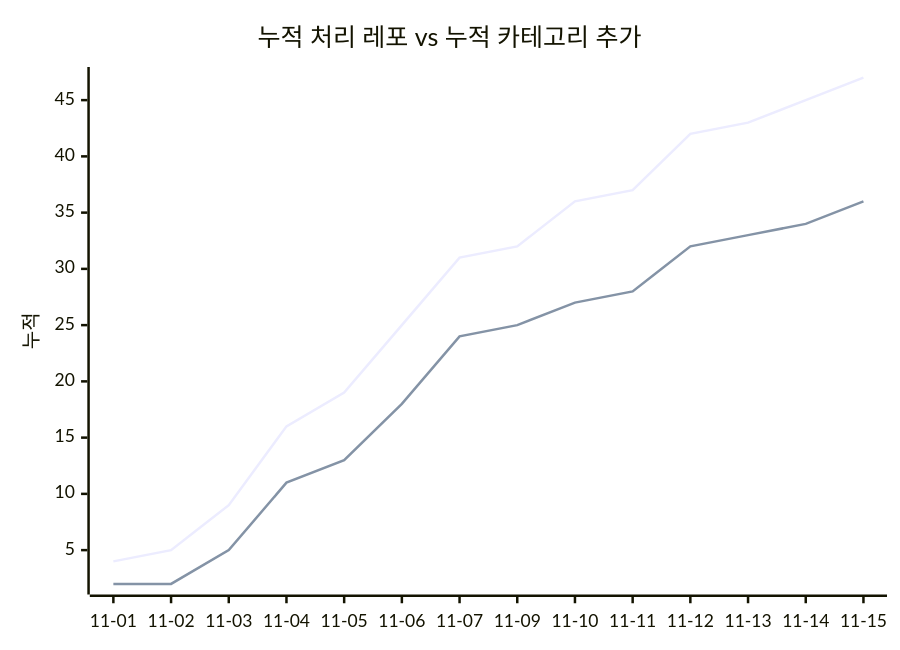
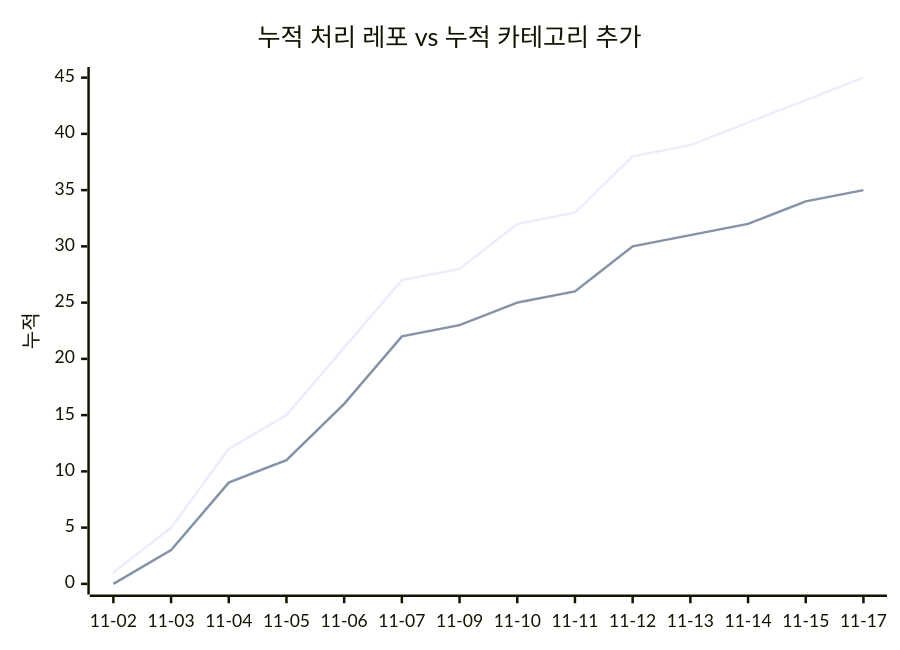
One commit to J-nowcow/awesome-korean-agent-skills changed the second of 2 diagrams in docs/trends.md. Above: the diagram before and after it, drawn with Mermaid. The commit also changed other lines of this file and 27 other files, not shown here.

````diff
--- a/docs/trends.md
+++ b/docs/trends.md
@@ -68,8 +68,8 @@
 ```mermaid
 xychart-beta
     title "누적 처리 레포 vs 누적 카테고리 추가"
-    x-axis ["11-01","11-02","11-03","11-04","11-05","11-06","11-07","11-09","11-10","11-11","11-12","11-13","11-14","11-15"]
+    x-axis ["11-02","11-03","11-04","11-05","11-06","11-07","11-09","11-10","11-11","11-12","11-13","11-14","11-15","11-17"]
     y-axis "누적"
-    line [4,5,9,16,19,25,31,32,36,37,42,43,45,47]
-    line [2,2,5,11,13,18,24,25,27,28,32,33,34,36]
+    line [1,5,12,15,21,27,28,32,33,38,39,41,43,45]
+    line [0,3,9,11,16,22,23,25,26,30,31,32,34,35]
 ```
````
